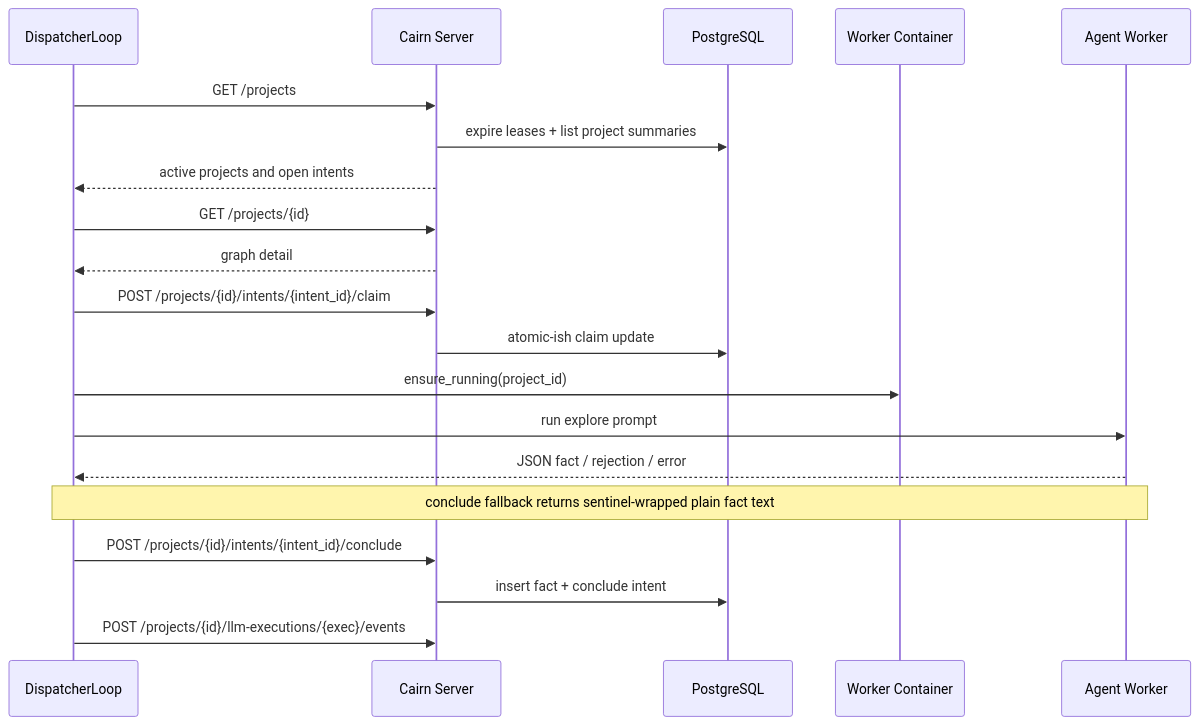
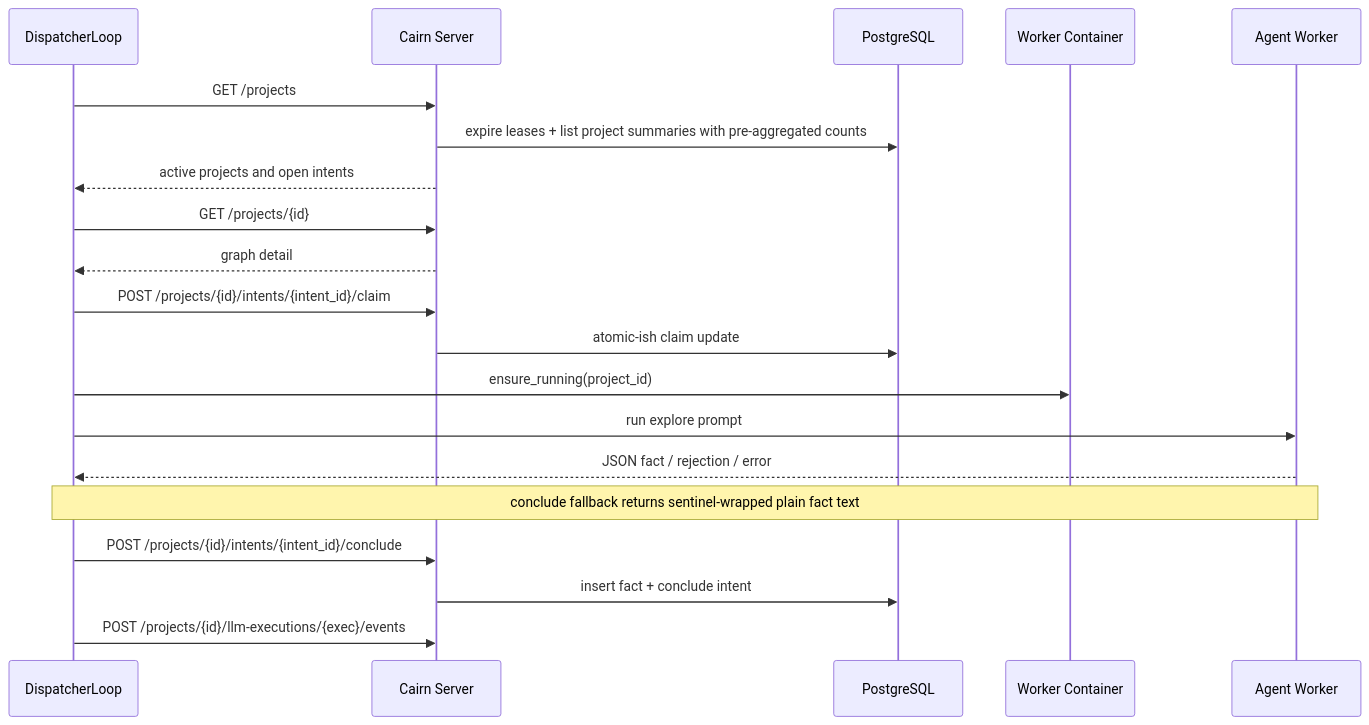
One commit to j7ur8/Cairn changed the fourth of 4 diagrams in AI/ARCHITECTURE.md. Above: the diagram before and after it, drawn with Mermaid. The commit also changed other lines of this file and 25 other files, not shown here.

````diff
--- a/AI/ARCHITECTURE.md
+++ b/AI/ARCHITECTURE.md
@@ -179,23 +179,23 @@
 ```mermaid
 sequenceDiagram
     participant D as DispatcherLoop
     participant S as Cairn Server
     participant DB as PostgreSQL
     participant C as Worker Container
     participant W as Agent Worker
 
     D->>S: GET /projects
-    S->>DB: expire leases + list project summaries
+    S->>DB: expire leases + list project summaries with pre-aggregated counts
     S-->>D: active projects and open intents
     D->>S: GET /projects/{id}
     S-->>D: graph detail
     D->>S: POST /projects/{id}/intents/{intent_id}/claim
     S->>DB: atomic-ish claim update
     D->>C: ensure_running(project_id)
     D->>W: run explore prompt
     W-->>D: JSON fact / rejection / error
     Note over D,W: conclude fallback returns sentinel-wrapped plain fact text
     D->>S: POST /projects/{id}/intents/{intent_id}/conclude
     S->>DB: insert fact + conclude intent
     D->>S: POST /projects/{id}/llm-executions/{exec}/events
 ```
````
